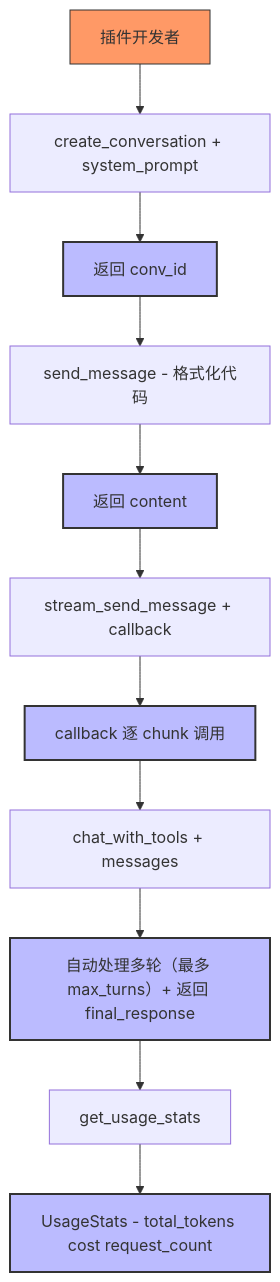
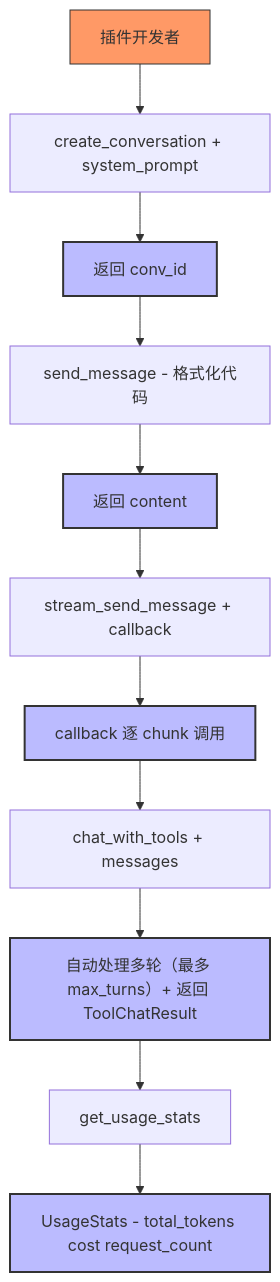
Before and after one commit to KKPIP-Tech/InstructionX: the third of 4 diagrams in docs/plugins/llm-integration-guide.md, drawn with Mermaid. The commit also changed other lines of this file and 12 other files, not shown here.

Commit message:
docs: 同步 LLM Provider v2 架构文档与 AGENTS.md：预设目录/实例化/适配器注册表/配置 schema v2/ILLMService 接口/UI 新包结构，清理 ILLMFacade 与旧文件残留引用

````diff
--- a/docs/plugins/llm-integration-guide.md
+++ b/docs/plugins/llm-integration-guide.md
@@ -167,32 +211,32 @@
 ```mermaid
 flowchart TB
     START[插件开发者]
     CREATE[create_conversation + system_prompt]
     CONV_ID[返回 conv_id]
     SEND[send_message - 格式化代码]
     RESP1[返回 content]
     STREAM[stream_send_message + callback]
     RESP2[callback 逐 chunk 调用]
     TOOLS[chat_with_tools + messages]
-    RESP3[自动处理多轮（最多 max_turns）+ 返回 final_response]
+    RESP3[自动处理多轮（最多 max_turns）+ 返回 ToolChatResult]
     STATS[get_usage_stats]
     RESP4[UsageStats - total_tokens cost request_count]
 
     START --> CREATE
     CREATE --> CONV_ID
     CONV_ID --> SEND
     SEND --> RESP1
     RESP1 --> STREAM
     STREAM --> RESP2
     RESP2 --> TOOLS
     TOOLS --> RESP3
     RESP3 --> STATS
     STATS --> RESP4
 
     style START fill:#f96,stroke:#333
     style CONV_ID fill:#bbf,stroke:#333,stroke-width:2px
     style RESP1 fill:#bbf,stroke:#333,stroke-width:2px
     style RESP2 fill:#bbf,stroke:#333,stroke-width:2px
     style RESP3 fill:#bbf,stroke:#333,stroke-width:2px
     style RESP4 fill:#bbf,stroke:#333,stroke-width:2px
 ```
````
